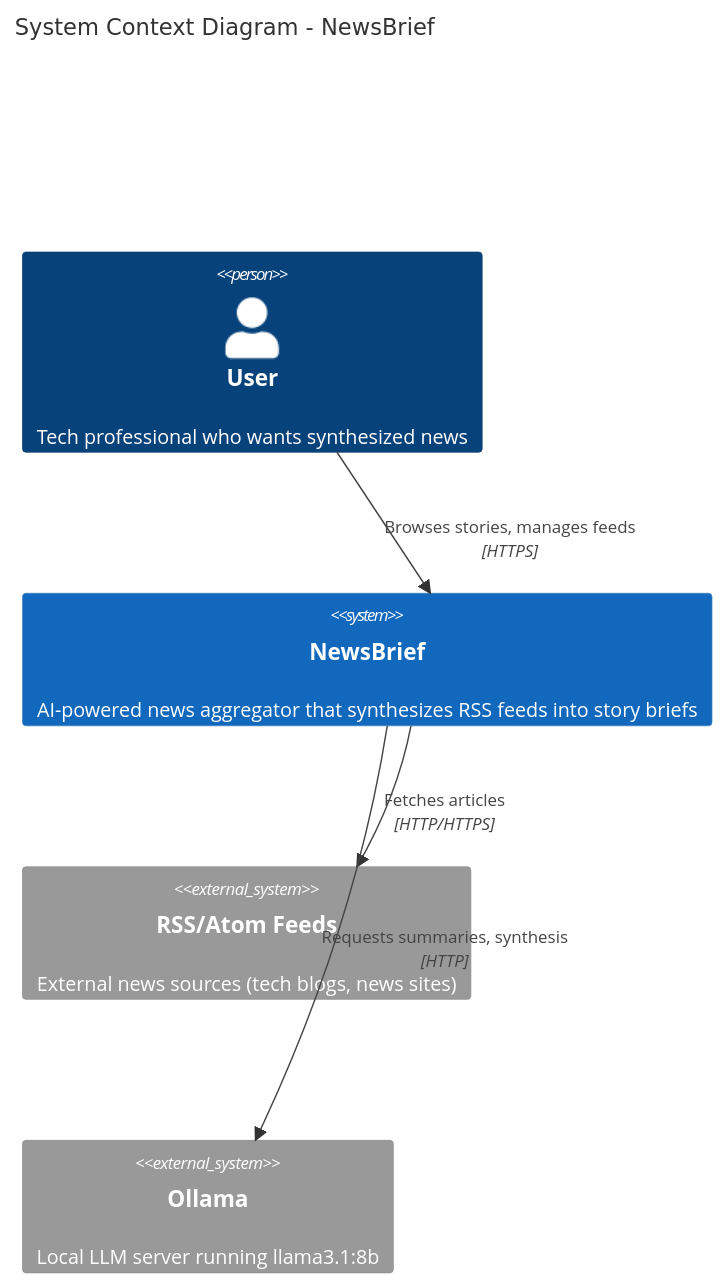
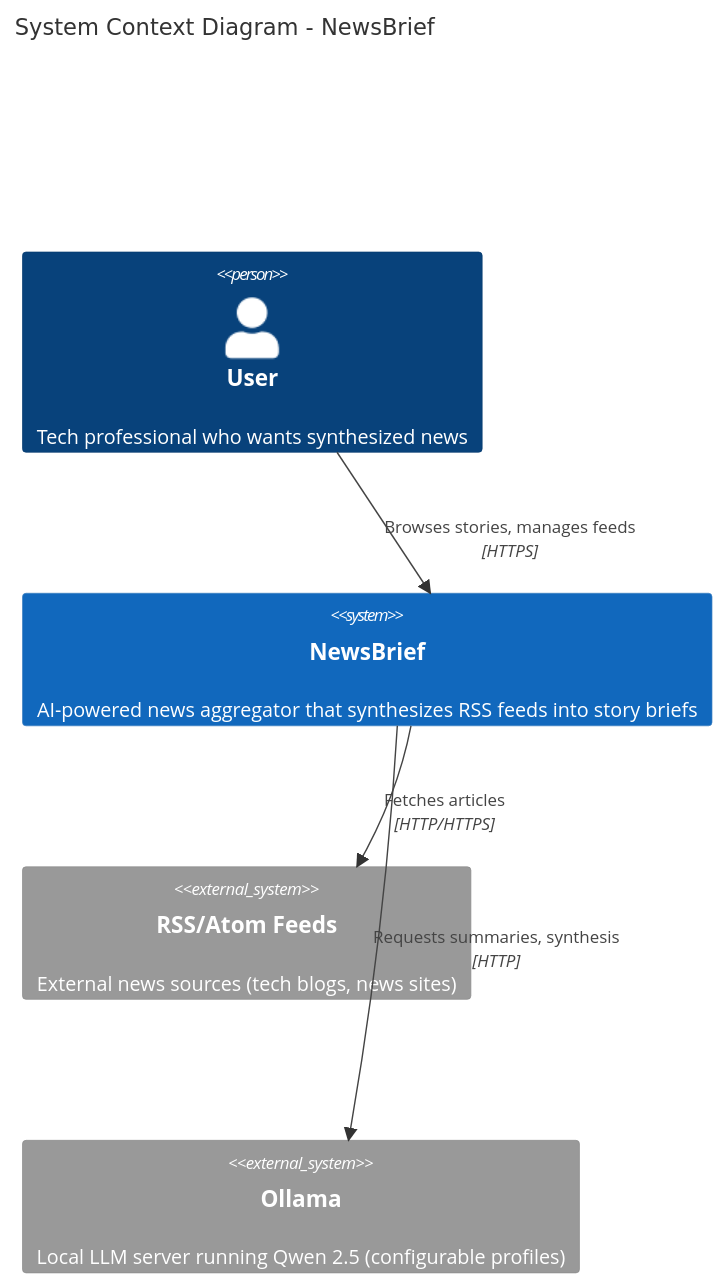
One commit to Deim0s13/newsbrief changed the first of 11 diagrams in docs/ARCHITECTURE.md. Above: the diagram before and after it, drawn with Mermaid. The commit also changed other lines of this file, not shown here.

First line of the commit message:
docs: Update architecture document for v0.8.1

````diff
--- a/docs/ARCHITECTURE.md
+++ b/docs/ARCHITECTURE.md
@@ -282,15 +282,15 @@
 ```mermaid
 C4Context
     title System Context Diagram - NewsBrief
 
     Person(user, "User", "Tech professional who wants synthesized news")
 
     System(newsbrief, "NewsBrief", "AI-powered news aggregator that synthesizes RSS feeds into story briefs")
 
     System_Ext(rss_feeds, "RSS/Atom Feeds", "External news sources (tech blogs, news sites)")
-    System_Ext(ollama, "Ollama", "Local LLM server running llama3.1:8b")
+    System_Ext(ollama, "Ollama", "Local LLM server running Qwen 2.5 (configurable profiles)")
 
     Rel(user, newsbrief, "Browses stories, manages feeds", "HTTPS")
     Rel(newsbrief, rss_feeds, "Fetches articles", "HTTP/HTTPS")
     Rel(newsbrief, ollama, "Requests summaries, synthesis", "HTTP")
 ```
````
